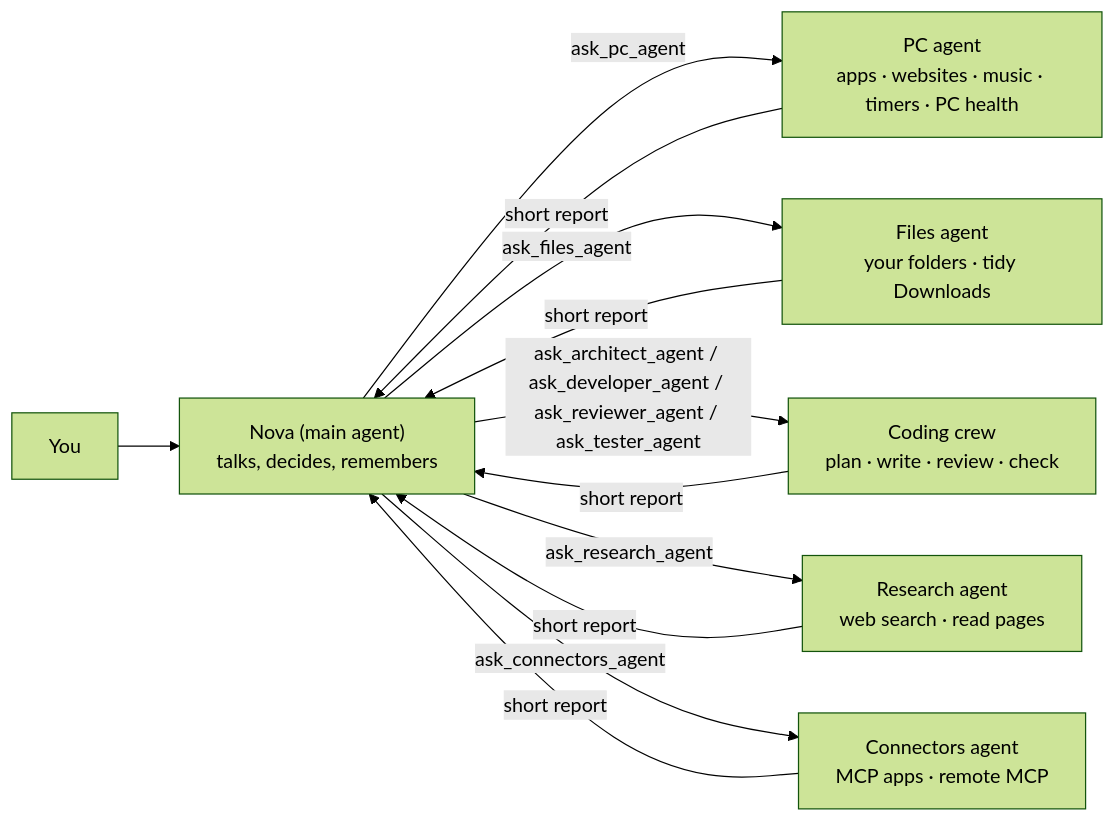
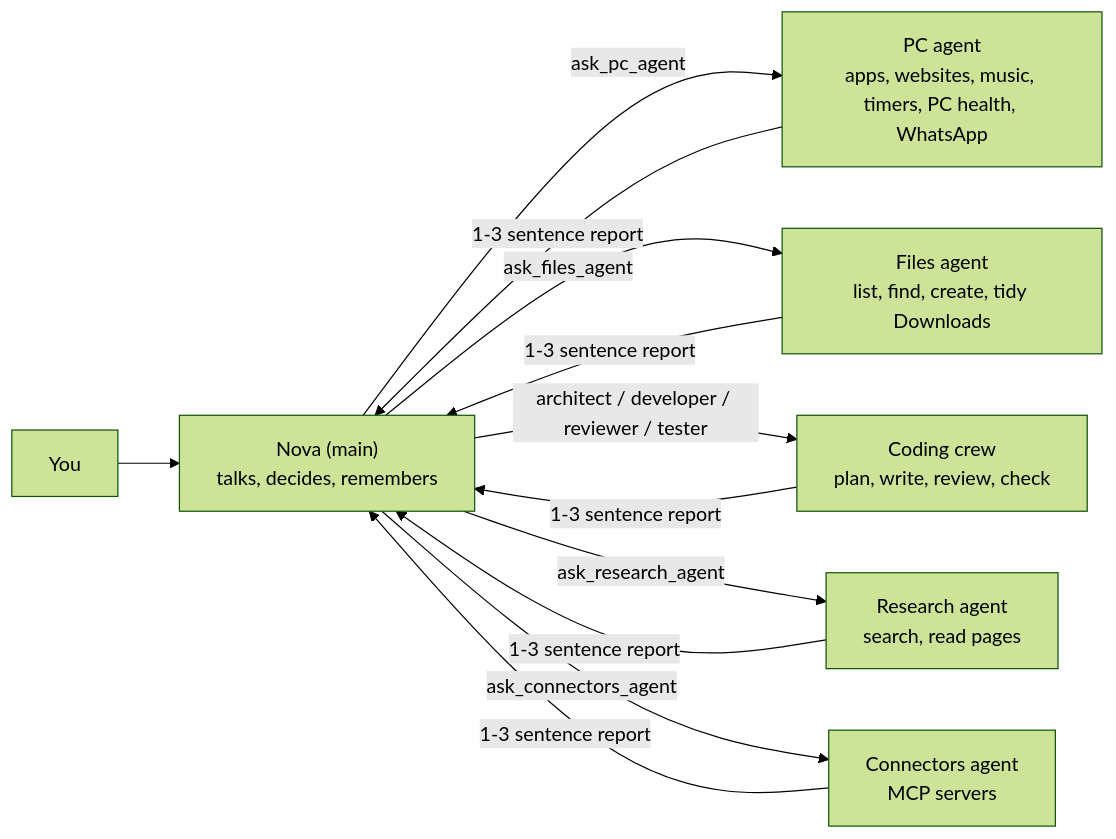
The second of 3 diagrams in README.md (osamaayub/nova-assistant), drawn with Mermaid (forest theme) before and after one commit. The commit also changed other lines of this file and 7 other files, not shown here.

````diff
--- a/README.md
+++ b/README.md
@@ -57,10 +106,10 @@
 ```mermaid
 flowchart LR
-    U["You"] --> N["Nova (main agent)<br/>talks, decides, remembers"]
-    N -- "ask_pc_agent" --> PC["PC agent<br/>apps · websites · music · timers · PC health"]
-    N -- "ask_files_agent" --> F["Files agent<br/>your folders · tidy Downloads"]
-    N -- "ask_architect_agent / ask_developer_agent / ask_reviewer_agent / ask_tester_agent" --> C["Coding crew<br/>plan · write · review · check"]
-    N -- "ask_research_agent" --> R["Research agent<br/>web search · read pages"]
-    N -- "ask_connectors_agent" --> M["Connectors agent<br/>MCP apps · remote MCP"]
-    PC & F & C & R & M -- "short report" --> N
+    U["You"] --> N["Nova (main)<br/>talks, decides, remembers"]
+    N -- "ask_pc_agent" --> PC["PC agent<br/>apps, websites, music, timers, PC health, WhatsApp"]
+    N -- "ask_files_agent" --> FI["Files agent<br/>list, find, create, tidy Downloads"]
+    N -- "architect / developer / reviewer / tester" --> CR["Coding crew<br/>plan, write, review, check"]
+    N -- "ask_research_agent" --> R["Research agent<br/>search, read pages"]
+    N -- "ask_connectors_agent" --> M["Connectors agent<br/>MCP servers"]
+    PC & FI & CR & R & M -- "1-3 sentence report" --> N
 ```
````
